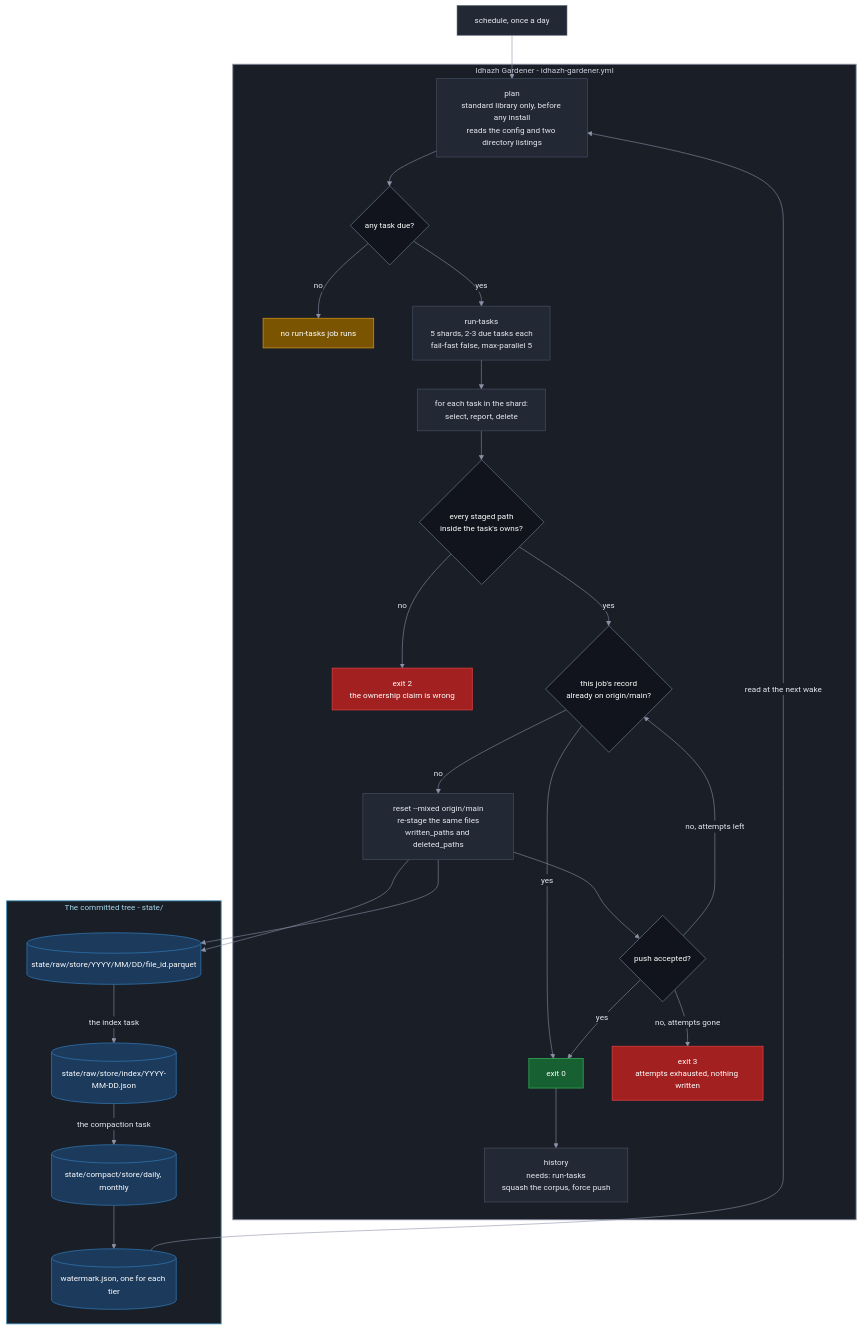
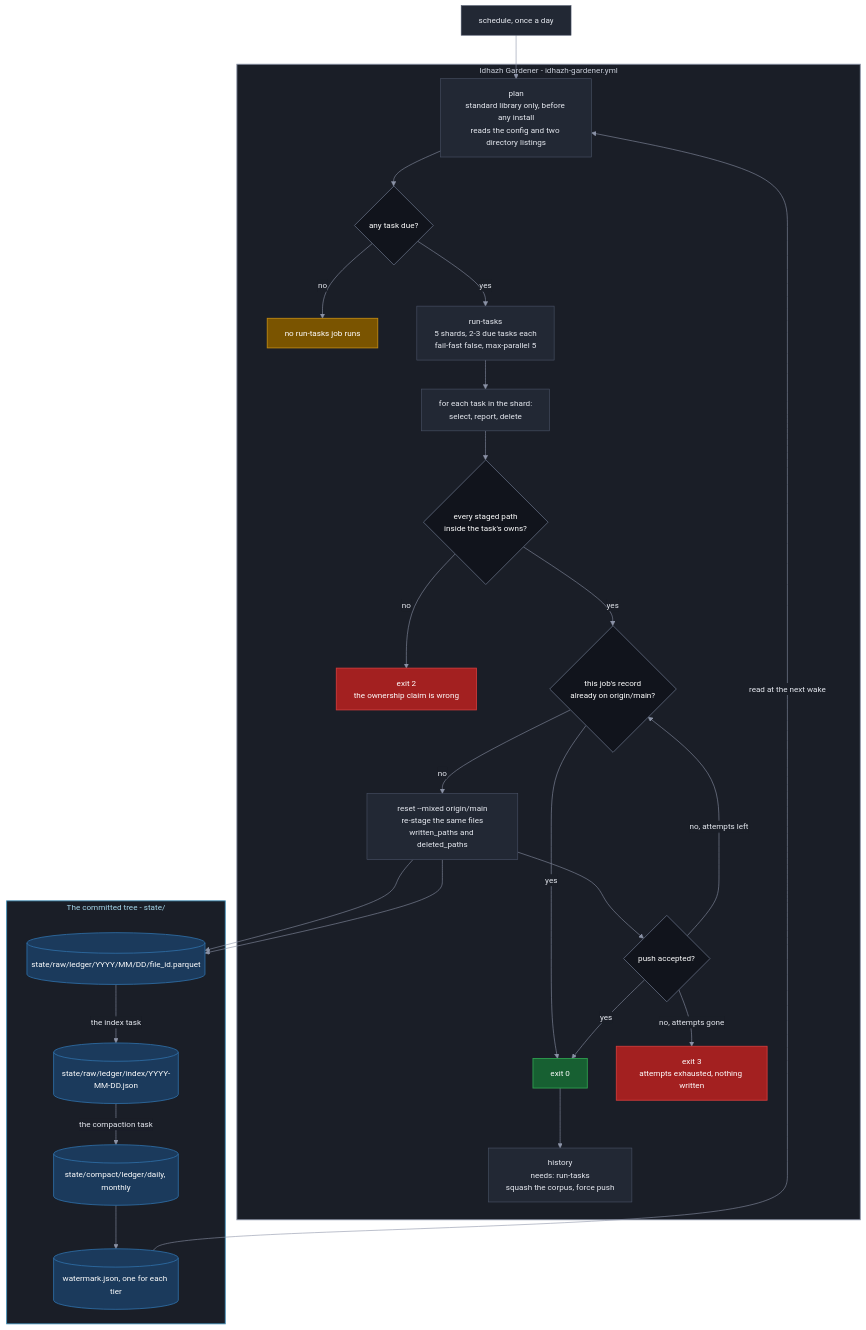
The first of 2 diagrams in TODO/20260924-50-idhazh-gardener-plan.md (miztiik/yen-idhazh), drawn with Mermaid before and after one commit. The commit also changed other lines of this file and 3 other files, not shown here.

````diff
--- a/TODO/20260924-50-idhazh-gardener-plan.md
+++ b/TODO/20260924-50-idhazh-gardener-plan.md
@@ -157,68 +156,68 @@
 ```mermaid
 %%{init: {"theme": "base", "themeVariables": {"background": "#0f1117", "primaryColor": "#222834", "primaryTextColor": "#e6e9f0", "primaryBorderColor": "#4b5468", "lineColor": "#8b93a7", "textColor": "#e6e9f0", "clusterBkg": "#1a1e27", "clusterBorder": "#3a4254", "titleColor": "#e6e9f0", "edgeLabelBackground": "#1a1e27", "fontSize": "14px"}}}%%
 flowchart TB
   CRON["schedule, once a day"]
 
   subgraph OPS["Idhazh Gardener - idhazh-gardener.yml"]
     PLAN["plan<br/>standard library only, before any install<br/>reads the config and two directory listings"]
     ANY{"any task due?"}
     IDLE["no run-tasks job runs"]
     TEND["run-tasks<br/>5 shards, 2-3 due tasks each<br/>fail-fast false, max-parallel 5"]
     RUN["for each task in the shard:<br/>select, report, delete"]
     OWNED{"every staged path<br/>inside the task's owns?"}
     OUTSIDE["exit 2<br/>the ownership claim is wrong"]
     LANDED{"this job's record<br/>already on origin/main?"}
     REAPPLY["reset --mixed origin/main<br/>re-stage the same files<br/>written_paths and deleted_paths"]
     PUSHED{"push accepted?"}
     OK["exit 0"]
     LOST["exit 3<br/>attempts exhausted, nothing written"]
     HIST["history<br/>needs: run-tasks<br/>squash the corpus, force push"]
   end
 
   subgraph TREE["The committed tree - state/"]
-    RAW[("state/raw/store/YYYY/MM/DD/file_id.parquet")]
-    RIDX[("state/raw/store/index/YYYY-MM-DD.json")]
-    COMPACT[("state/compact/store/daily, monthly")]
+    RAW[("state/raw/ledger/YYYY/MM/DD/file_id.parquet")]
+    RIDX[("state/raw/ledger/index/YYYY-MM-DD.json")]
+    COMPACT[("state/compact/ledger/daily, monthly")]
     WM[("watermark.json, one for each tier")]
   end
 
   CRON --> PLAN
   PLAN --> ANY
   ANY -->|"no"| IDLE
   ANY -->|"yes"| TEND
   TEND --> RUN
   RUN --> OWNED
   OWNED -->|"no"| OUTSIDE
   OWNED -->|"yes"| LANDED
   LANDED -->|"yes"| OK
   LANDED -->|"no"| REAPPLY
   REAPPLY --> RAW
   REAPPLY --> PUSHED
   PUSHED -->|"yes"| OK
   PUSHED -->|"no, attempts left"| LANDED
   PUSHED -->|"no, attempts gone"| LOST
   OK --> HIST
   WM -->|"read at the next wake"| PLAN
   REAPPLY --> RAW
   RAW -->|"the index task"| RIDX
   RIDX -->|"the compaction task"| COMPACT
   COMPACT --> WM
 
   classDef stage fill:#222834,stroke:#4b5468,stroke-width:1px,color:#e6e9f0;
   classDef decision fill:#11141c,stroke:#5b6477,stroke-width:1.5px,color:#ffffff;
   classDef yes fill:#176032,stroke:#2ea04f,stroke-width:1.5px,color:#ffffff;
   classDef no fill:#a32020,stroke:#d23b3b,stroke-width:1.5px,color:#ffffff;
   classDef warn fill:#7a5400,stroke:#c08a12,stroke-width:1.5px,color:#ffffff;
-  classDef store fill:#1b3a5c,stroke:#2d6ca3,stroke-width:1.5px,color:#ffffff;
+  classDef ledger fill:#1b3a5c,stroke:#2d6ca3,stroke-width:1.5px,color:#ffffff;
   classDef sysOps fill:#1a1e27,stroke:#8b93a7,stroke-width:1.5px,color:#c8cdd8;
   classDef sysPublish fill:#1a1e27,stroke:#3f8fb8,stroke-width:1.5px,color:#a5d6ea;
 
   class CRON,PLAN,TEND,RUN,REAPPLY,HIST stage;
   class ANY,OWNED,LANDED,PUSHED decision;
   class OK yes;
   class OUTSIDE,LOST no;
   class IDLE warn;
-  class RAW,COMPACT,RIDX,WM store;
+  class RAW,COMPACT,RIDX,WM ledger;
   class OPS sysOps;
   class TREE sysPublish;
 ```
````
